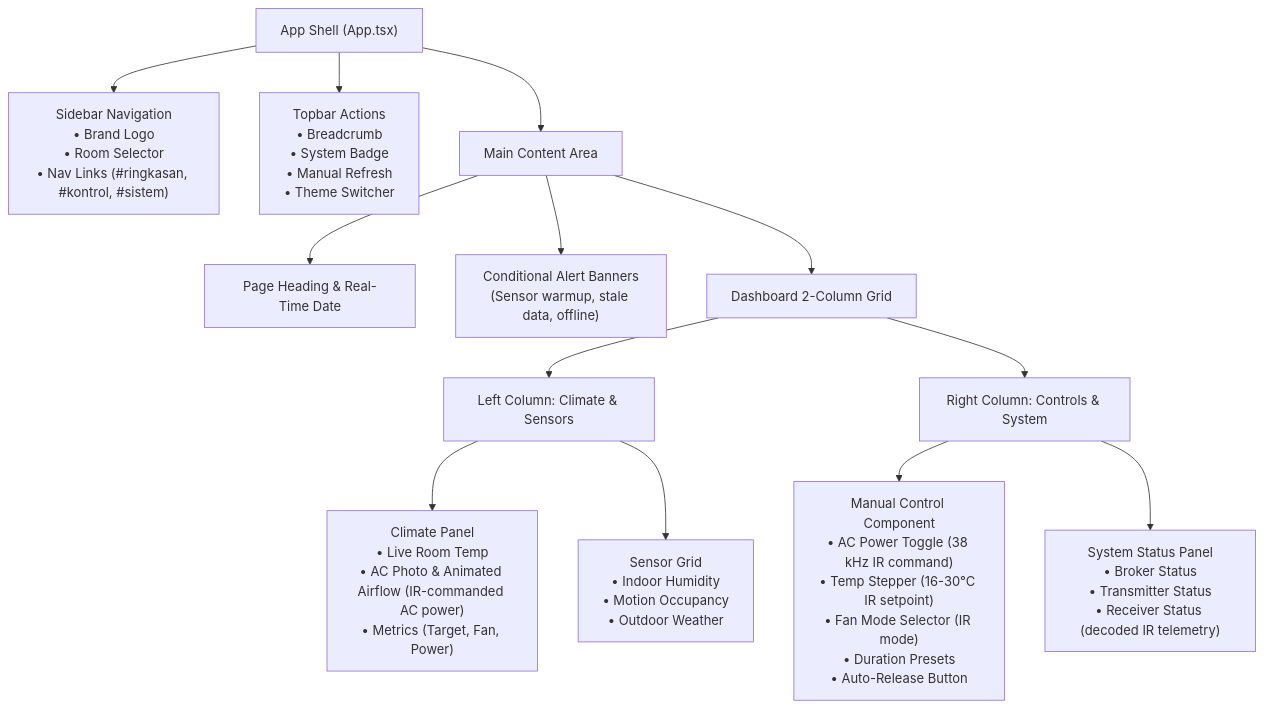
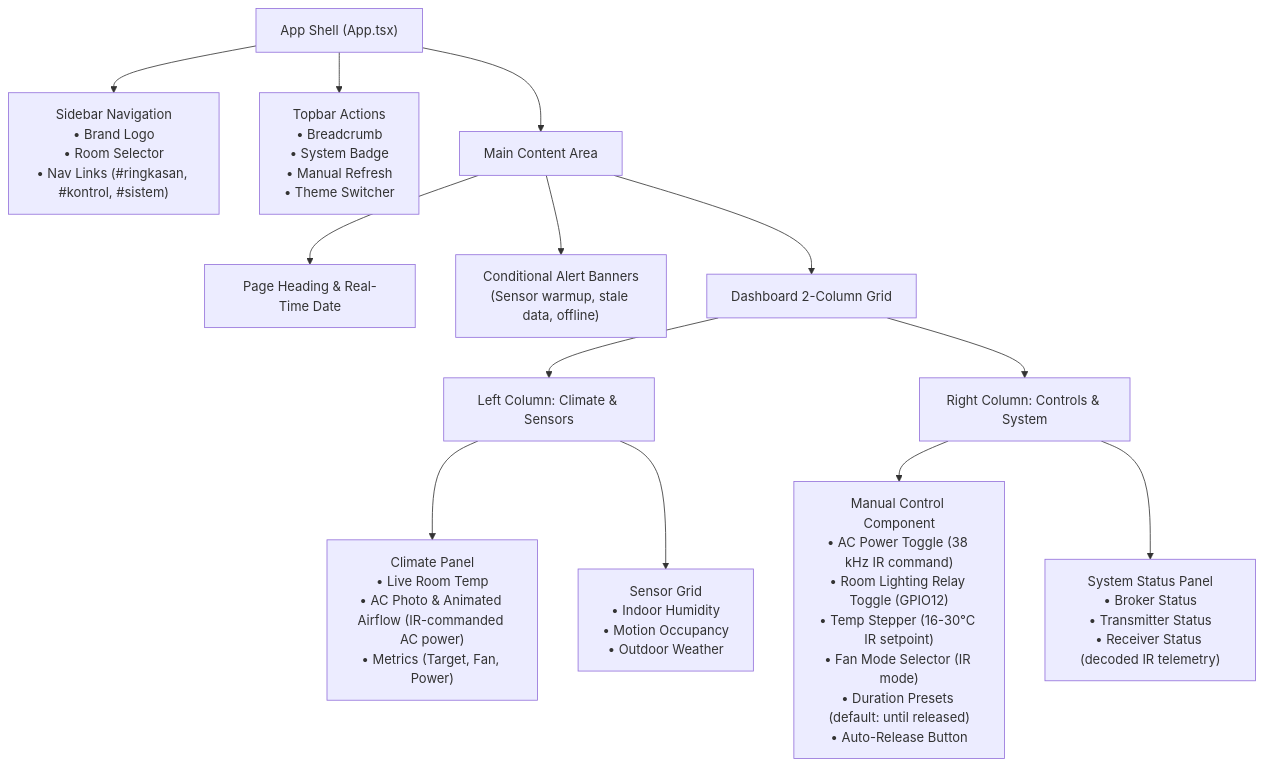
The diagram in docs/frontend-dashboard.md (FredyRamadhan/climate-control-IoT), drawn with Mermaid before and after one commit. The commit also changed other lines of this file and 22 other files, not shown here.

````diff
--- a/docs/frontend-dashboard.md
+++ b/docs/frontend-dashboard.md
@@ -86,24 +86,24 @@
 ```mermaid
 graph TD
     App["App Shell (App.tsx)"]
     Sidebar["Sidebar Navigation<br/>• Brand Logo<br/>• Room Selector<br/>• Nav Links (#ringkasan, #kontrol, #sistem)"]
     Topbar["Topbar Actions<br/>• Breadcrumb<br/>• System Badge<br/>• Manual Refresh<br/>• Theme Switcher"]
     Main["Main Content Area"]
 
     App --> Sidebar
     App --> Topbar
     App --> Main
 
     Main --> Heading["Page Heading & Real-Time Date"]
     Main --> AlertBanner["Conditional Alert Banners<br/>(Sensor warmup, stale data, offline)"]
     Main --> Grid["Dashboard 2-Column Grid"]
 
     Grid --> OverviewCol["Left Column: Climate & Sensors"]
     Grid --> ControlCol["Right Column: Controls & System"]
 
     OverviewCol --> ClimatePanel["Climate Panel<br/>• Live Room Temp<br/>• AC Photo & Animated Airflow (IR-commanded AC power)<br/>• Metrics (Target, Fan, Power)"]
     OverviewCol --> SensorGrid["Sensor Grid<br/>• Indoor Humidity<br/>• Motion Occupancy<br/>• Outdoor Weather"]
 
-    ControlCol --> ManualControl["Manual Control Component<br/>• AC Power Toggle (38 kHz IR command)<br/>• Temp Stepper (16-30°C IR setpoint)<br/>• Fan Mode Selector (IR mode)<br/>• Duration Presets<br/>• Auto-Release Button"]
+    ControlCol --> ManualControl["Manual Control Component<br/>• AC Power Toggle (38 kHz IR command)<br/>• Room Lighting Relay Toggle (GPIO12)<br/>• Temp Stepper (16-30°C IR setpoint)<br/>• Fan Mode Selector (IR mode)<br/>• Duration Presets (default: until released)<br/>• Auto-Release Button"]
     ControlCol --> SystemStatus["System Status Panel<br/>• Broker Status<br/>• Transmitter Status<br/>• Receiver Status (decoded IR telemetry)"]
 ```
````
